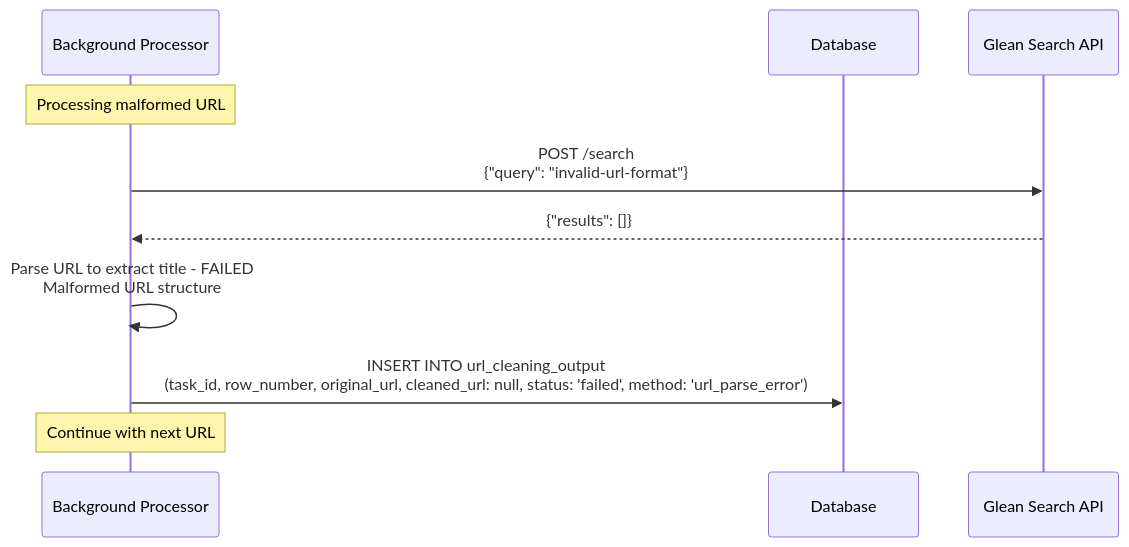
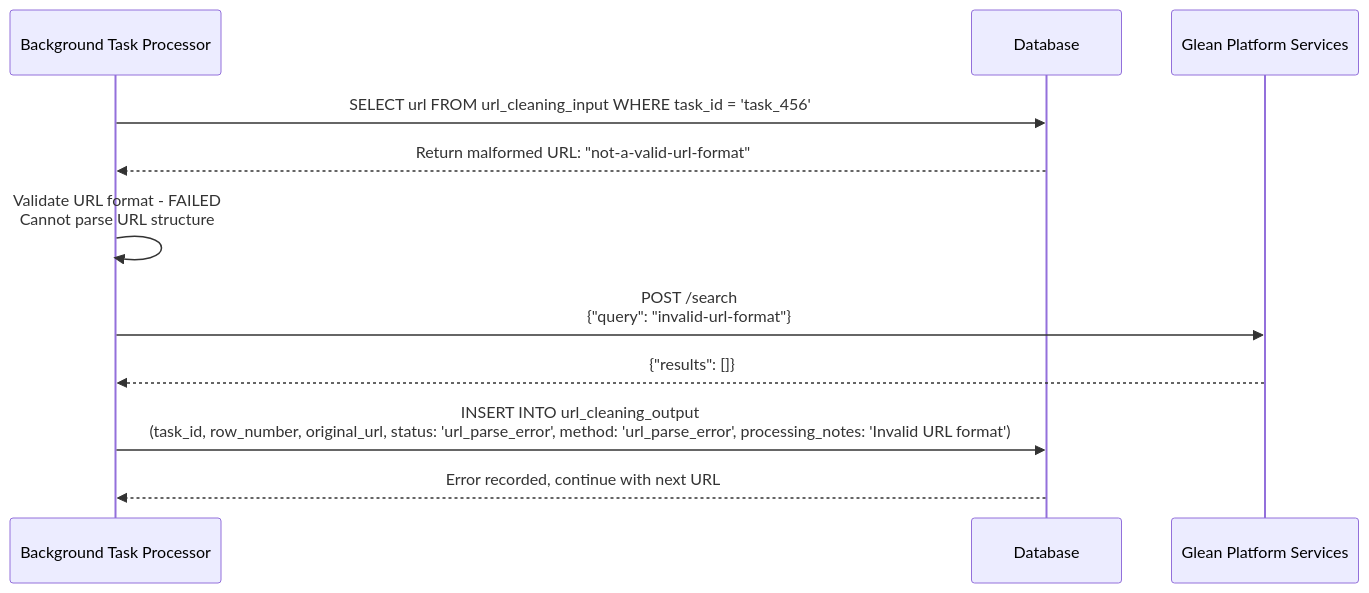
One commit to andrewhzy/cursor-learn changed the third of 3 diagrams in docs/sequence-diagram-url-cleaning.md. Above: the diagram before and after it, drawn with Mermaid. The commit also changed other lines of this file and 5 other files, not shown here.

````diff
--- a/docs/sequence-diagram-url-cleaning.md
+++ b/docs/sequence-diagram-url-cleaning.md
@@ -111,17 +86,17 @@
 ```mermaid
 sequenceDiagram
-    participant BG as Background Processor
+    participant BG as Background Task Processor
     participant DB as Database
-    participant Glean as Glean Search API
+    participant Glean as Glean Platform Services
     
-    Note over BG: Processing malformed URL
+    BG->>DB: SELECT url FROM url_cleaning_input WHERE task_id = 'task_456'
+    DB-->>BG: Return malformed URL: "not-a-valid-url-format"
+    
+    BG->>BG: Validate URL format - FAILED<br/>Cannot parse URL structure
     
     BG->>Glean: POST /search<br/>{"query": "invalid-url-format"}
     Glean-->>BG: {"results": []}
     
-    BG->>BG: Parse URL to extract title - FAILED<br/>Malformed URL structure
-    
-    BG->>DB: INSERT INTO url_cleaning_output<br/>(task_id, row_number, original_url, cleaned_url: null, status: 'failed', method: 'url_parse_error')
-    
-    Note over BG: Continue with next URL
+    BG->>DB: INSERT INTO url_cleaning_output<br/>(task_id, row_number, original_url, status: 'url_parse_error', method: 'url_parse_error', processing_notes: 'Invalid URL format')
+    DB-->>BG: Error recorded, continue with next URL
 ```
````
